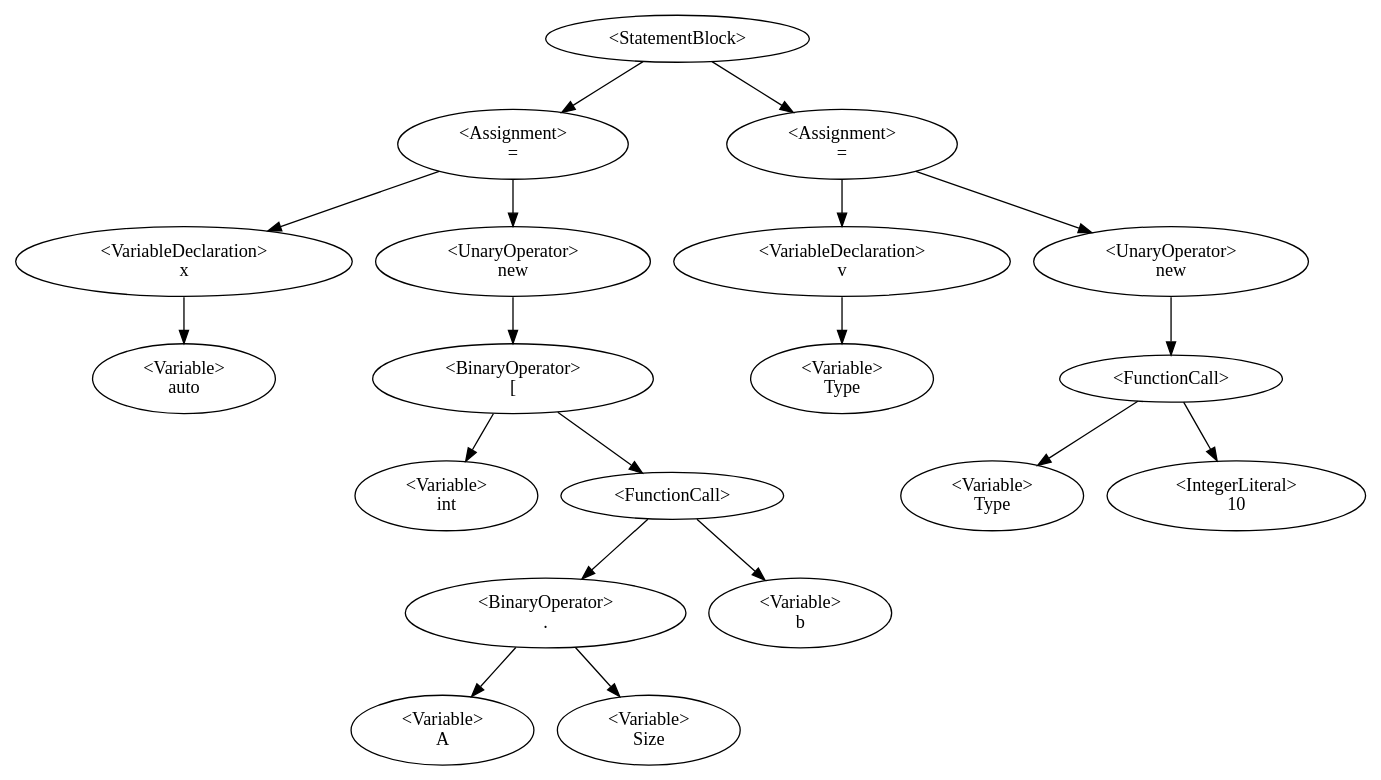
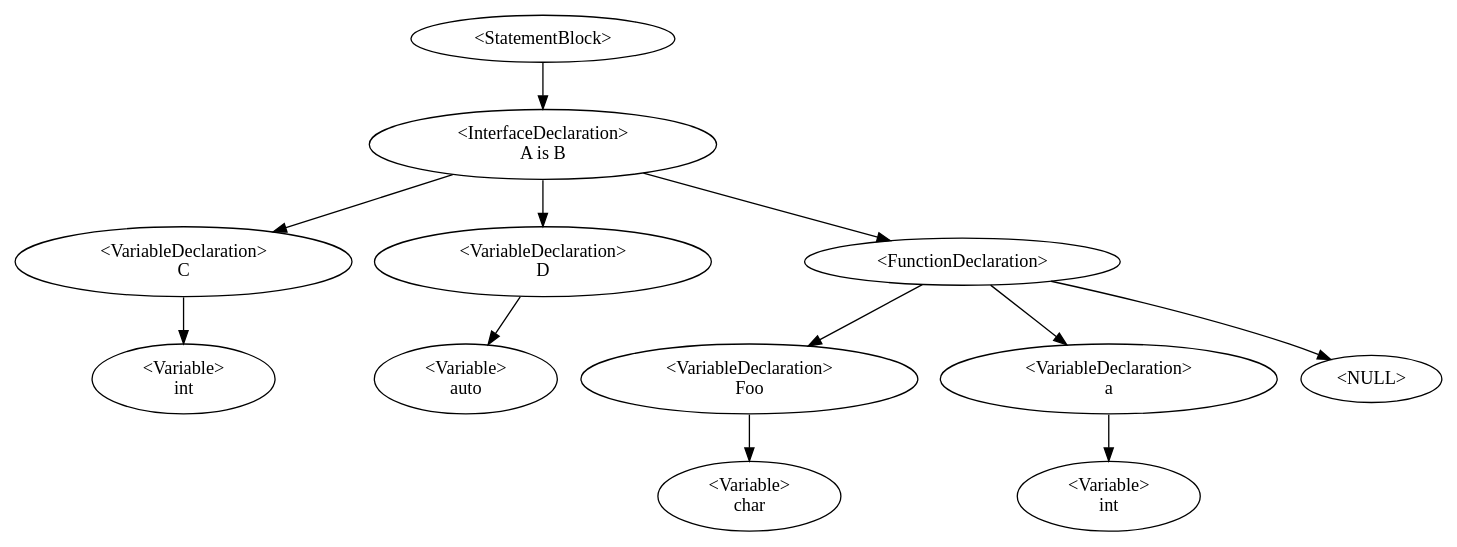
The diagram in Dino/Dino/AstDisplay.gv (QazmoQwerty/dino), drawn with Graphviz before and after one commit. The commit also changed 4 other files, not shown here.

```diff
--- a/Dino/Dino/AstDisplay.gv
+++ b/Dino/Dino/AstDisplay.gv
@@ -1,21 +1,13 @@
 digraph G {
-0 [label="<StatementBlock>"];0->3;0->14;
-3 [label="<Assignment>\n="];3->2;3->4;
-2 [label="<VariableDeclaration>\nx"];2->1;
-1 [label="<Variable>\nauto"];
-4 [label="<UnaryOperator>\nnew"];4->6;
-6 [label="<BinaryOperator>\n["];6->5;6->10;
-5 [label="<Variable>\nint"];
-10 [label="<FunctionCall>\n"];10->8;10->11;
-8 [label="<BinaryOperator>\n."];8->7;8->9;
-7 [label="<Variable>\nA"];
-9 [label="<Variable>\nSize"];
-11 [label="<Variable>\nb"];
-14 [label="<Assignment>\n="];14->13;14->15;
-13 [label="<VariableDeclaration>\nv"];13->12;
-12 [label="<Variable>\nType"];
-15 [label="<UnaryOperator>\nnew"];15->17;
-17 [label="<FunctionCall>\n"];17->16;17->18;
-16 [label="<Variable>\nType"];
-18 [label="<IntegerLiteral>\n10"];
+0 [label="<StatementBlock>"];0->1;
+1 [label="<InterfaceDeclaration>\nA is B"];1->3;1->5;1->8;
+3 [label="<VariableDeclaration>\nC"];3->2;
+2 [label="<Variable>\nint"];
+5 [label="<VariableDeclaration>\nD"];5->4;
+4 [label="<Variable>\nauto"];
+8 [label="<FunctionDeclaration>\n"];8->7;8->10;8->-1;-1 [label="<NULL>"];
+7 [label="<VariableDeclaration>\nFoo"];7->6;
+6 [label="<Variable>\nchar"];
+10 [label="<VariableDeclaration>\na"];10->9;
+9 [label="<Variable>\nint"];
 }
```
